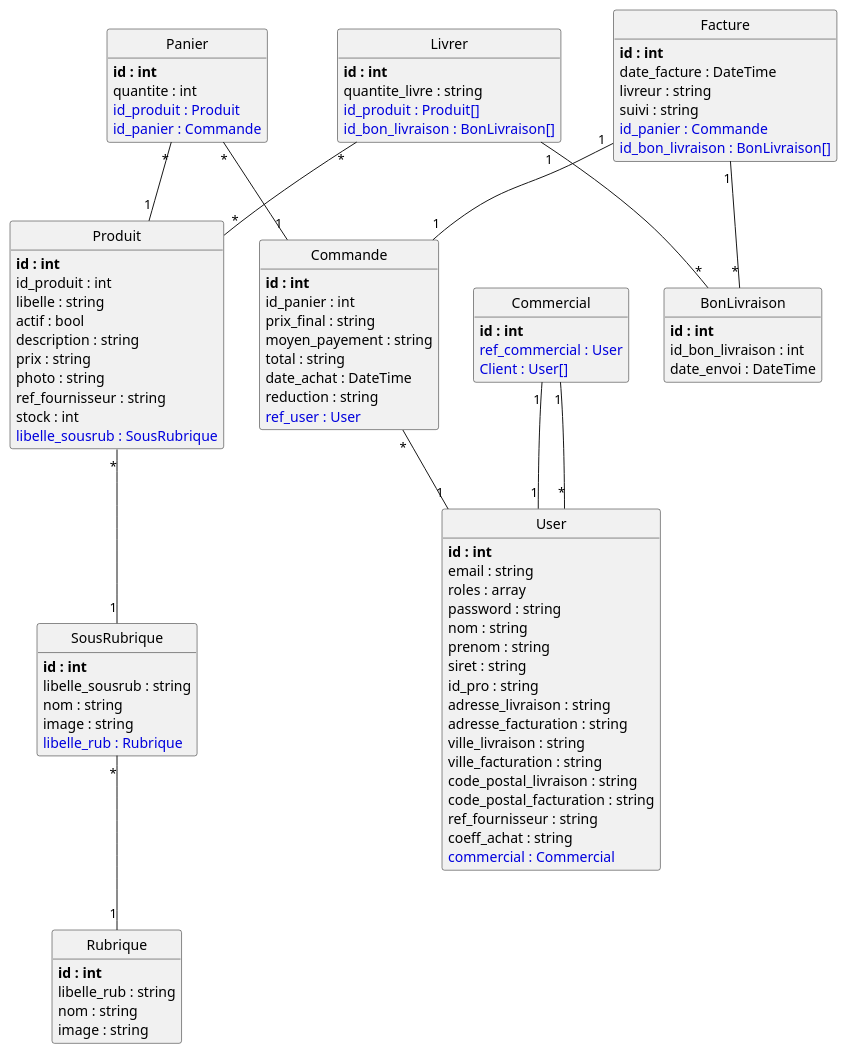
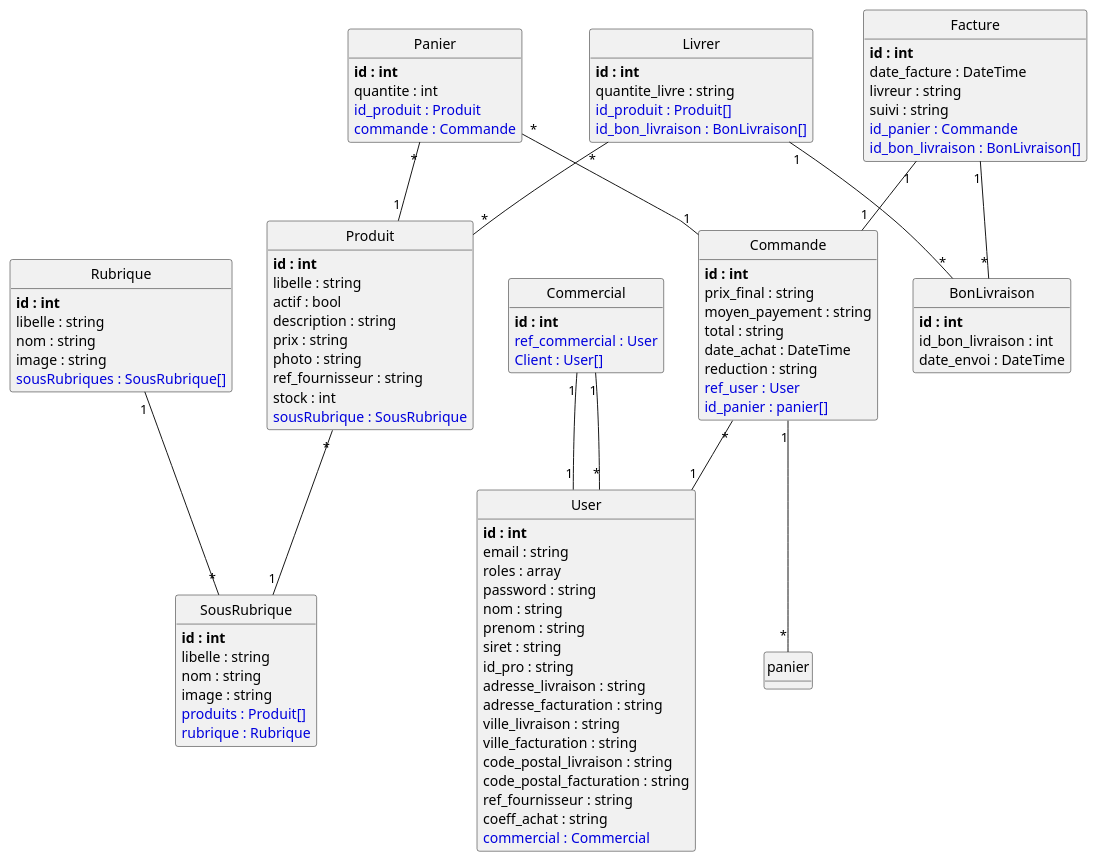
Before and after one commit to MargetCyril/VillageGreen: the diagram in puml/index.puml, drawn with PlantUML. The commit also changed 9 other files, not shown here.

```diff
--- a/puml/index.puml
+++ b/puml/index.puml
@@ -1,113 +1,115 @@
 @startuml
 class Produit {
 	**id : int**
-	id_produit : int
 	libelle : string
 	actif : bool
 	description : string
 	prix : string
 	photo : string
 	ref_fournisseur : string
 	stock : int
-	<color:#0000dd>libelle_sousrub : SousRubrique</color>
+	<color:#0000dd>sousRubrique : SousRubrique</color>
 }
 
 class Panier {
 	**id : int**
 	quantite : int
 	<color:#0000dd>id_produit : Produit</color>
-	<color:#0000dd>id_panier : Commande</color>
+	<color:#0000dd>commande : Commande</color>
 }
 
 class Commande {
 	**id : int**
-	id_panier : int
 	prix_final : string
 	moyen_payement : string
 	total : string
 	date_achat : DateTime
 	reduction : string
 	<color:#0000dd>ref_user : User</color>
+	<color:#0000dd>id_panier : panier[]</color>
 }
 
 class Livrer {
 	**id : int**
 	quantite_livre : string
 	<color:#0000dd>id_produit : Produit[]</color>
 	<color:#0000dd>id_bon_livraison : BonLivraison[]</color>
 }
 
 class BonLivraison {
 	**id : int**
 	id_bon_livraison : int
 	date_envoi : DateTime
 }
 
 class Rubrique {
 	**id : int**
-	libelle_rub : string
+	libelle : string
 	nom : string
 	image : string
+	<color:#0000dd>sousRubriques : SousRubrique[]</color>
 }
 
 class Commercial {
 	**id : int**
 	<color:#0000dd>ref_commercial : User</color>
 	<color:#0000dd>Client : User[]</color>
 }
 
 class User {
 	**id : int**
 	email : string
 	roles : array
 	password : string
 	nom : string
 	prenom : string
 	siret : string
 	id_pro : string
 	adresse_livraison : string
 	adresse_facturation : string
 	ville_livraison : string
 	ville_facturation : string
 	code_postal_livraison : string
 	code_postal_facturation : string
 	ref_fournisseur : string
 	coeff_achat : string
 	<color:#0000dd>commercial : Commercial</color>
 }
 
 class Facture {
 	**id : int**
 	date_facture : DateTime
 	livreur : string
 	suivi : string
 	<color:#0000dd>id_panier : Commande</color>
 	<color:#0000dd>id_bon_livraison : BonLivraison[]</color>
 }
 
 class SousRubrique {
 	**id : int**
-	libelle_sousrub : string
+	libelle : string
 	nom : string
 	image : string
-	<color:#0000dd>libelle_rub : Rubrique</color>
+	<color:#0000dd>produits : Produit[]</color>
+	<color:#0000dd>rubrique : Rubrique</color>
 }
 
 Produit "*"--"1" SousRubrique
 Panier "*"--"1" Produit
 Panier "*"--"1" Commande
 Commande "*"--"1" User
+Commande "1"--"*" panier
 Livrer "*"--"*" Produit
 Livrer "1"--"*" BonLivraison
+Rubrique "1"--"*" SousRubrique
 Commercial "1"--"1" User
 Commercial "1"--"*" User
 Facture "1"--"1" Commande
 Facture "1"--"*" BonLivraison
-SousRubrique "*"--"1" Rubrique
 
 
 hide methods
 
 hide circle
 
 @enduml
```
